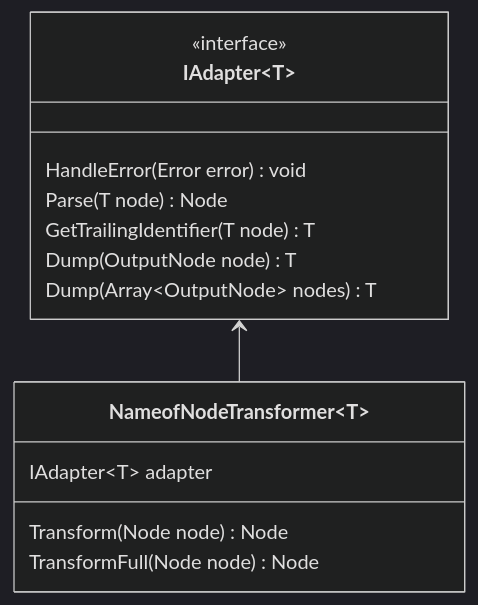
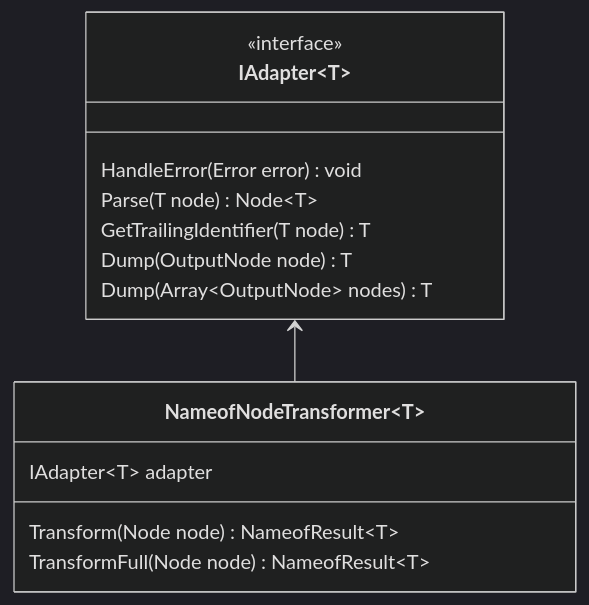
One commit to typescript-nameof/nameof changed the second of 4 diagrams in ClassDiagram.md. Above: the diagram before and after it, drawn with Mermaid (dark theme). The commit also changed other lines of this file, not shown here.

Commit message:
Refactor diagram of inner workings

````diff
--- a/ClassDiagram.md
+++ b/ClassDiagram.md
@@ -86,19 +86,19 @@
 ```mermaid
 classDiagram
     class IAdapter~T~ {
         <<interface>>
         HandleError(Error error) void
-        Parse(T node) Node
+        Parse(T node) Node~T~
         GetTrailingIdentifier(T node) T
         Dump(OutputNode node) T
         Dump(Array~OutputNode~ nodes) T
     }
 
     class NameofNodeTransformer~T~ {
         IAdapter~T~ adapter
-        Transform(Node node) Node
-        TransformFull(Node node) Node
+        Transform(Node node) NameofResult~T~
+        TransformFull(Node node) NameofResult~T~
     }
 
     IAdapter <-- NameofNodeTransformer
 ```
````
